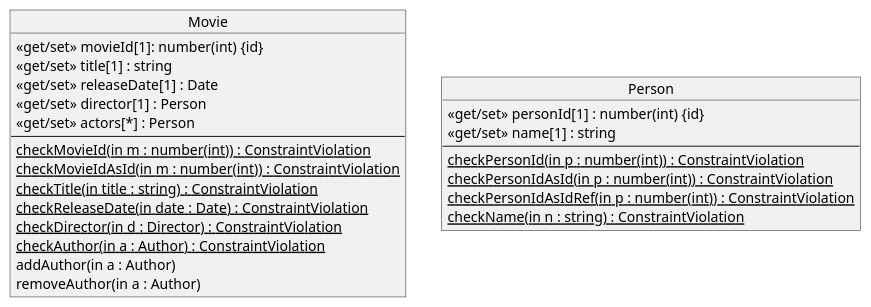
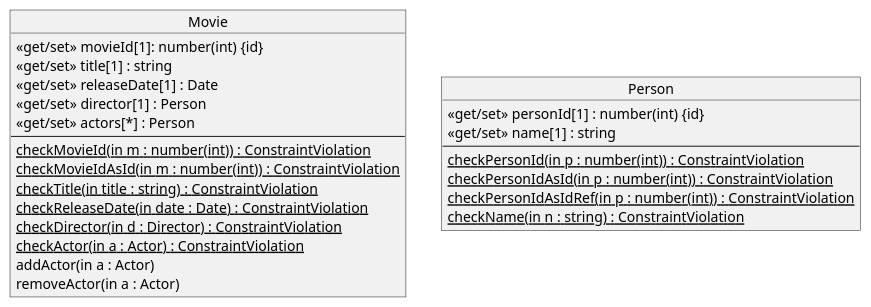
One commit to gmedina-de/webapp23-medina changed the diagram in docs/assignment4/js.puml. Above: the diagram before and after it, drawn with PlantUML. The commit also changed 2 other files, not shown here.

Commit message:
Assignment 4: Fix diagrams

```diff
--- a/docs/assignment4/js.puml
+++ b/docs/assignment4/js.puml
@@ -1,31 +1,30 @@
 @startuml js
 
 object Movie {
   <<get/set>> movieId[1]: number(int) {id}
   <<get/set>> title[1] : string
   <<get/set>> releaseDate[1] : Date
   <<get/set>> director[1] : Person
   <<get/set>> actors[*] : Person
   --
   {static} checkMovieId(in m : number(int)) : ConstraintViolation
   {static} checkMovieIdAsId(in m : number(int)) : ConstraintViolation
   {static} checkTitle(in title : string) : ConstraintViolation
   {static} checkReleaseDate(in date : Date) : ConstraintViolation
   {static} checkDirector(in d : Director) : ConstraintViolation
-  {static} checkAuthor(in a : Author) : ConstraintViolation
-  addAuthor(in a : Author)
-  removeAuthor(in a : Author)
+  {static} checkActor(in a : Actor) : ConstraintViolation
+  addActor(in a : Actor)
+  removeActor(in a : Actor)
 }
 
 object Person {
   <<get/set>> personId[1] : number(int) {id}
   <<get/set>> name[1] : string
   --
   {static} checkPersonId(in p : number(int)) : ConstraintViolation
   {static} checkPersonIdAsId(in p : number(int)) : ConstraintViolation
   {static} checkPersonIdAsIdRef(in p : number(int)) : ConstraintViolation
   {static} checkName(in n : string) : ConstraintViolation
 }
 
-
 @enduml
```
